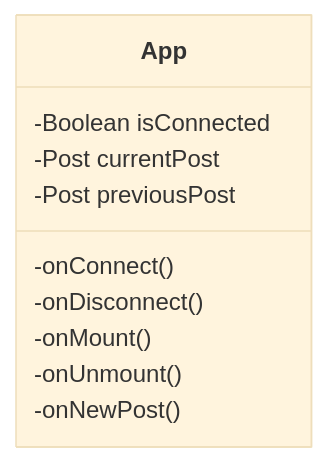
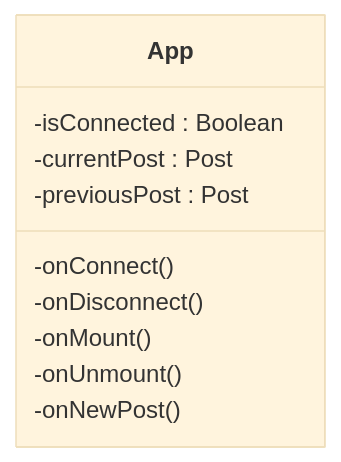
One commit to WallCaster/WallCaster changed the second of 3 diagrams in doc/architecture-report.md. Above: the diagram before and after it, drawn with Mermaid (base theme). The commit also changed other lines of this file, not shown here.

Commit message:
Modif Architec Front

````diff
--- a/doc/architecture-report.md
+++ b/doc/architecture-report.md
@@ -202,13 +202,13 @@
 ```mermaid
 classDiagram
 class App {
-  -Boolean isConnected
-  -Post currentPost
-  -Post previousPost
+  -isConnected : Boolean
+  -currentPost : Post
+  -previousPost : Post
   -onConnect()
   -onDisconnect()
   -onMount()
   -onUnmount()
   -onNewPost()
 }
 ```
````
